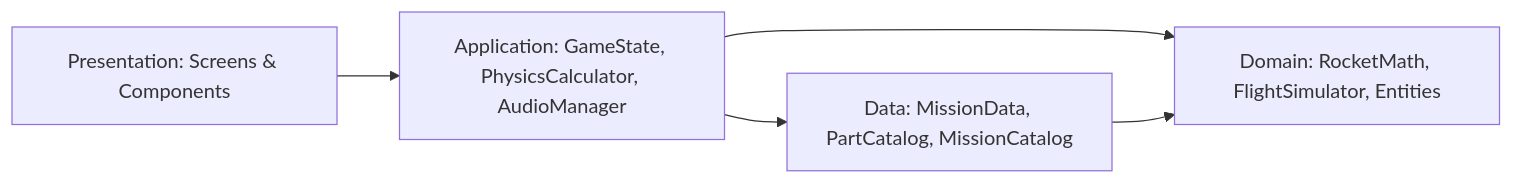
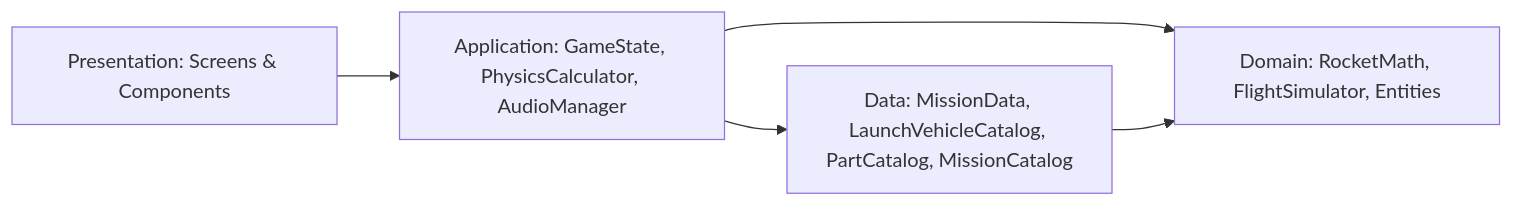
The diagram in README.md (evert-aov/mision-critica), drawn with Mermaid before and after one commit. The commit also changed other lines of this file and 10 other files, not shown here.

Commit message:
docs: update architecture guides and add requirements verification matrix

````diff
--- a/README.md
+++ b/README.md
@@ -39,7 +41,7 @@
 ```mermaid
 flowchart LR
   UI[Presentation: Screens & Components] --> App[Application: GameState, PhysicsCalculator, AudioManager]
-  App --> Data[Data: MissionData, PartCatalog, MissionCatalog]
+  App --> Data[Data: MissionData, LaunchVehicleCatalog, PartCatalog, MissionCatalog]
   App --> Domain[Domain: RocketMath, FlightSimulator, Entities]
   Data --> Domain
 ```
````
